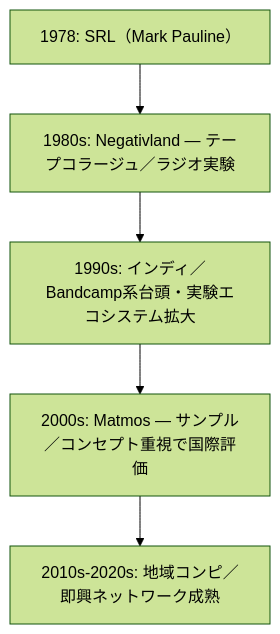
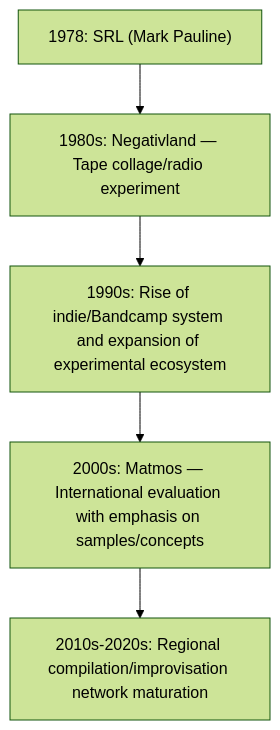
The diagram in en/_posts/2025-10-01-Column-Bay-Area-San-Francisco-Noise.md (monumental-movement/monumental-movement.github.io), drawn with Mermaid (forest theme) before and after one commit. The commit also changed other lines of this file and 1631 other files, not shown here.

```diff
--- a/en/_posts/2025-10-01-Column-Bay-Area-San-Francisco-Noise.md
+++ b/en/_posts/2025-10-01-Column-Bay-Area-San-Francisco-Noise.md
@@ -51,7 +52,7 @@
 <div class="mermaid">
 flowchart TD
-    A["1978: SRL（Mark Pauline）"] --> B["1980s: Negativland — テープコラージュ／ラジオ実験"]
-    B --> C["1990s: インディ／Bandcamp系台頭・実験エコシステム拡大"]
-    C --> D["2000s: Matmos — サンプル／コンセプト重視で国際評価"]
-    D --> E["2010s-2020s: 地域コンピ／即興ネットワーク成熟"]
+    A["1978: SRL (Mark Pauline)"] --> B["1980s: Negativland — Tape collage/radio experiment"]
+    B --> C["1990s: Rise of indie/Bandcamp system and expansion of experimental ecosystem"]
+    C --> D["2000s: Matmos — International evaluation with emphasis on samples/concepts"]
+    D --> E["2010s-2020s: Regional compilation/improvisation network maturation"]
 </div>
```
